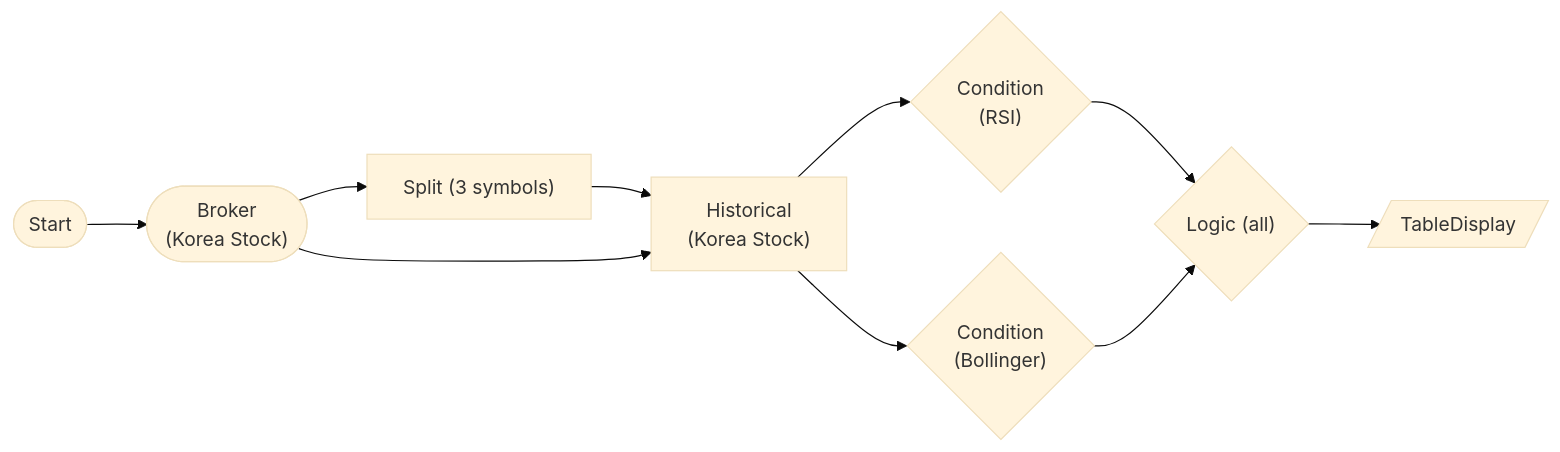
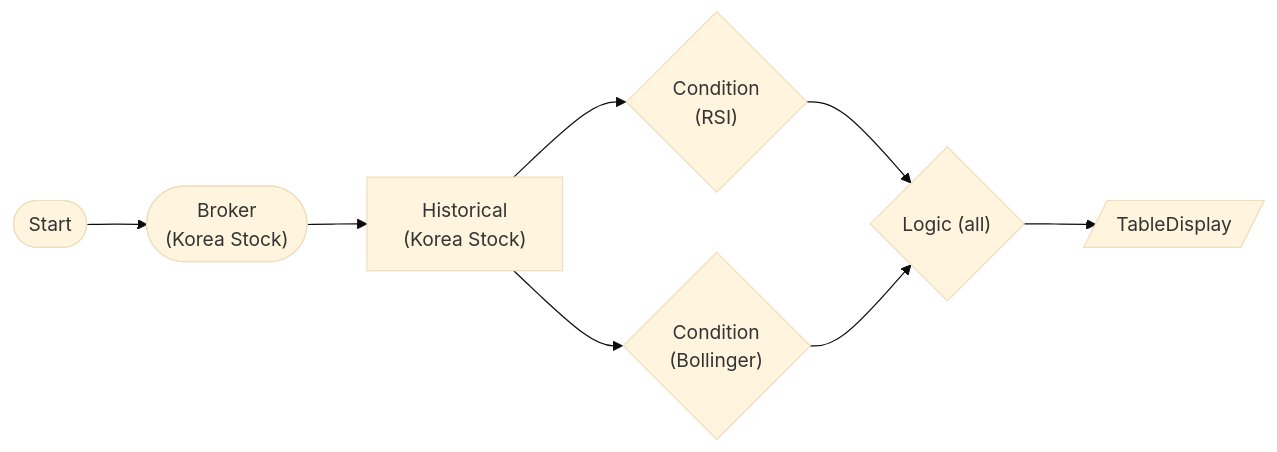
One commit to programgarden/programgarden changed the diagram in src/programgarden/examples/workflows/95-korea-stock-strategy-condition-logic.md. Above: the diagram before and after it, drawn with Mermaid (base theme). The commit also changed other lines of this file and 6 other files, not shown here.

````diff
--- a/src/programgarden/examples/workflows/95-korea-stock-strategy-condition-logic.md
+++ b/src/programgarden/examples/workflows/95-korea-stock-strategy-condition-logic.md
@@ -7,24 +7,21 @@
 ```mermaid
 graph LR
     start(["Start"])
     broker(["Broker
 (Korea Stock)"])
-    split["Split (3 symbols)"]
     historical["Historical
 (Korea Stock)"]
     rsi_cond{"Condition
 (RSI)"}
     boll_cond{"Condition
 (Bollinger)"}
     logic{"Logic (all)"}
     table[/"TableDisplay"/]
     start --> broker
-    broker --> split
-    split --> historical
     broker --> historical
     historical --> rsi_cond
     historical --> boll_cond
     rsi_cond --> logic
     boll_cond --> logic
     logic --> table
 ```
````
